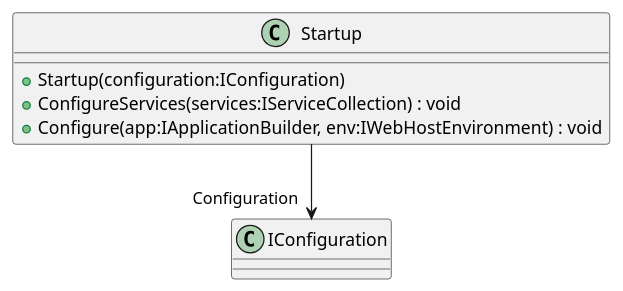
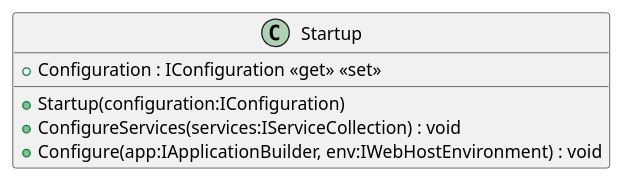
One commit to timothxy/ICT2106_P3_Project changed the diagram in YouthActionDotNet/UML/Startup.puml. Above: the diagram before and after it, drawn with PlantUML. The commit also changed 23 other files, not shown here.

```diff
--- a/YouthActionDotNet/UML/Startup.puml
+++ b/YouthActionDotNet/UML/Startup.puml
@@ -1,8 +1,8 @@
 @startuml
 class Startup {
     + Startup(configuration:IConfiguration)
+    + Configuration : IConfiguration <<get>> <<set>>
     + ConfigureServices(services:IServiceCollection) : void
     + Configure(app:IApplicationBuilder, env:IWebHostEnvironment) : void
 }
-Startup --> "Configuration" IConfiguration
 @enduml
```
